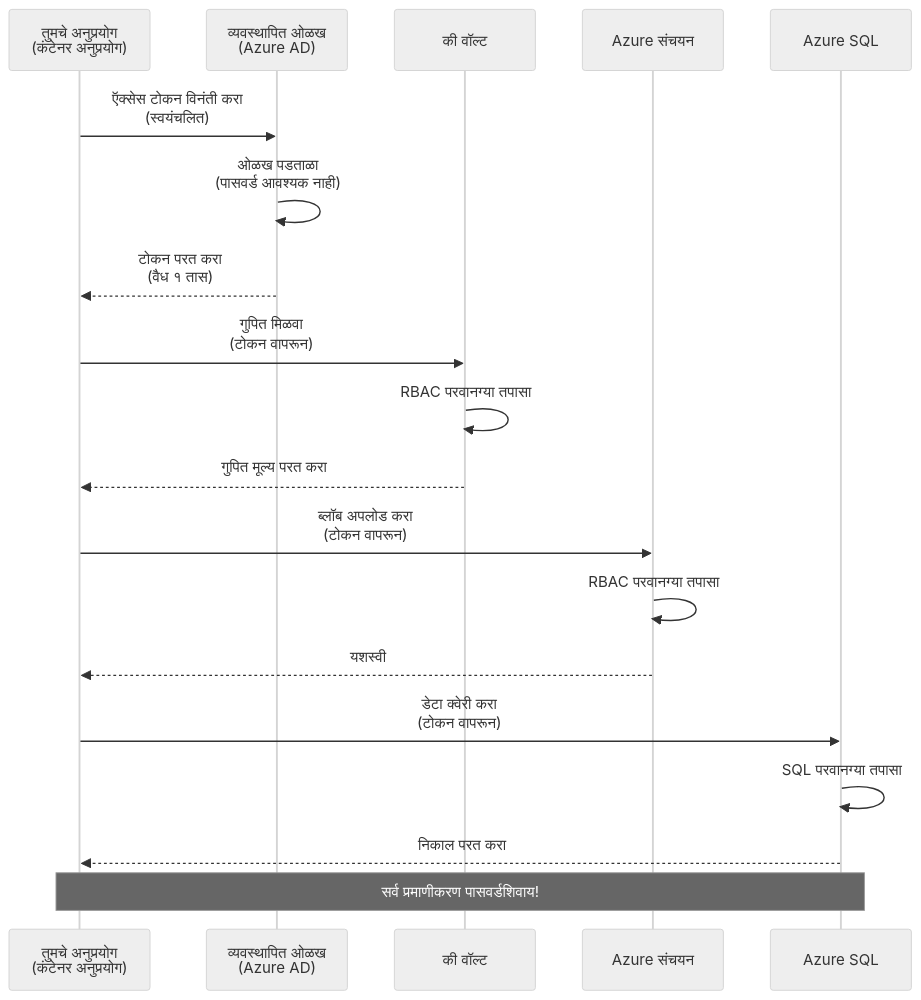
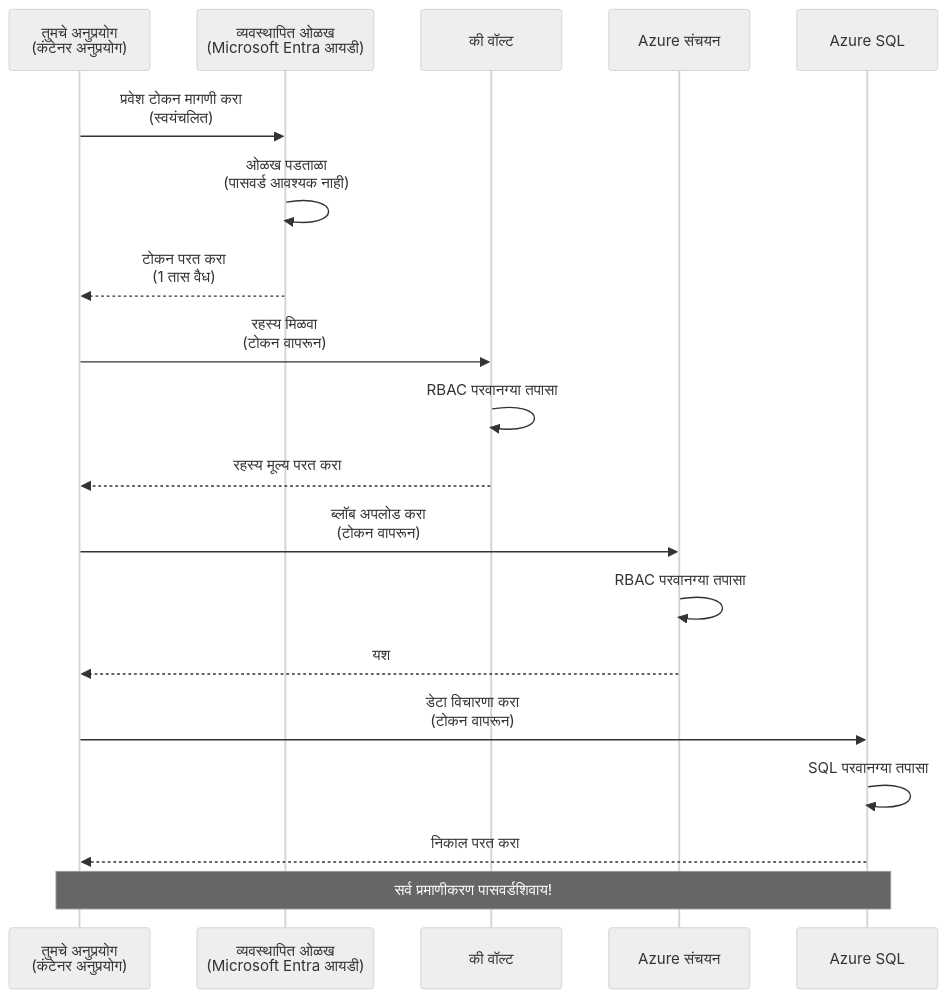
One commit to microsoft/AZD-for-beginners changed the first of 2 diagrams in translations/mr/docs/chapter-03-configuration/authsecurity.md. Above: the diagram before and after it, drawn with Mermaid (neutral theme). The commit also changed other lines of this file and 104 other files, not shown here.

````diff
--- a/translations/mr/docs/chapter-03-configuration/authsecurity.md
+++ b/translations/mr/docs/chapter-03-configuration/authsecurity.md
@@ -69,26 +69,26 @@
 ```mermaid
 sequenceDiagram
     participant App as तुमचे अनुप्रयोग<br/>(कंटेनर अनुप्रयोग)
-    participant MI as व्यवस्थापित ओळख<br/>(Azure AD)
+    participant MI as व्यवस्थापित ओळख<br/>(Microsoft Entra आयडी)
     participant KV as की वॉल्ट
     participant Storage as Azure संचयन
     participant DB as Azure SQL
     
-    App->>MI: ऍक्सेस टोकन विनंती करा<br/>(स्वयंचलित)
+    App->>MI: प्रवेश टोकन मागणी करा<br/>(स्वयंचलित)
     MI->>MI: ओळख पडताळा<br/>(पासवर्ड आवश्यक नाही)
-    MI-->>App: टोकन परत करा<br/>(वैध १ तास)
+    MI-->>App: टोकन परत करा<br/>(1 तास वैध)
     
-    App->>KV: गुपित मिळवा<br/>(टोकन वापरून)
+    App->>KV: रहस्य मिळवा<br/>(टोकन वापरून)
     KV->>KV: RBAC परवानग्या तपासा
-    KV-->>App: गुपित मूल्य परत करा
+    KV-->>App: रहस्य मूल्य परत करा
     
     App->>Storage: ब्लॉब अपलोड करा<br/>(टोकन वापरून)
     Storage->>Storage: RBAC परवानग्या तपासा
-    Storage-->>App: यशस्वी
+    Storage-->>App: यश
     
-    App->>DB: डेटा क्वेरी करा<br/>(टोकन वापरून)
+    App->>DB: डेटा विचारणा करा<br/>(टोकन वापरून)
     DB->>DB: SQL परवानग्या तपासा
     DB-->>App: निकाल परत करा
     
     Note over App,DB: सर्व प्रमाणीकरण पासवर्डशिवाय!
 ```
````
